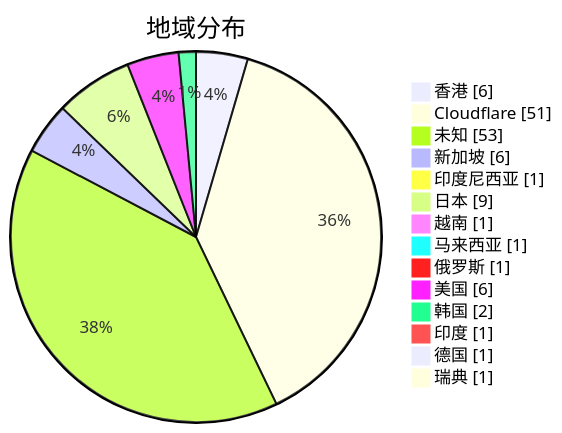
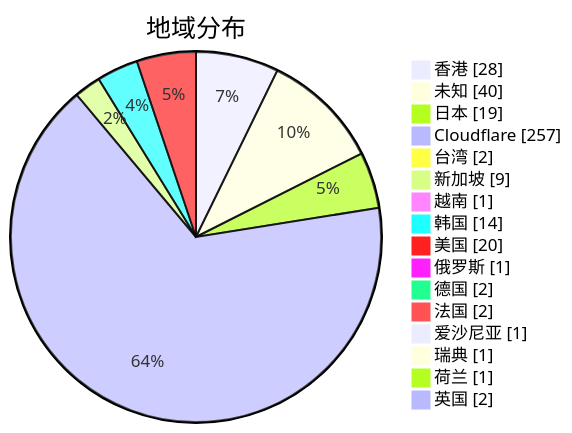
Before and after one commit to qjlxg/airport: the second of 3 diagrams in subs/statistics/tested_within.md, drawn with Mermaid. The commit also changed other lines of this file and 2 other files, not shown here.

Commit message:
Tested by metaST

````diff
--- a/subs/statistics/tested_within.md
+++ b/subs/statistics/tested_within.md
@@ -11,18 +13,20 @@
 ```mermaid
 pie showData
 title 地域分布
-"香港" : 6
-"Cloudflare" : 51
-"未知" : 53
-"新加坡" : 6
-"印度尼西亚" : 1
-"日本" : 9
+"香港" : 28
+"未知" : 40
+"日本" : 19
+"Cloudflare" : 257
+"台湾" : 2
+"新加坡" : 9
 "越南" : 1
-"马来西亚" : 1
+"韩国" : 14
+"美国" : 20
 "俄罗斯" : 1
-"美国" : 6
-"韩国" : 2
-"印度" : 1
-"德国" : 1
+"德国" : 2
+"法国" : 2
+"爱沙尼亚" : 1
 "瑞典" : 1
+"荷兰" : 1
+"英国" : 2
 ```
````
